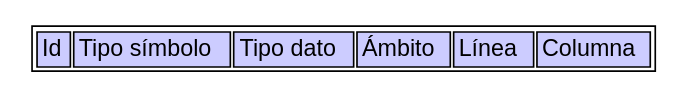
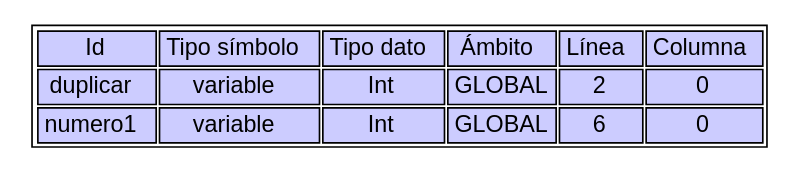
One commit to Angelgt3/OLC2_P2_201901055 changed the diagram in Backend/Reportes_Creados/ Reporte_TS.dot. Above: the diagram before and after it, drawn with Graphviz. The commit also changed 18 other files, not shown here.

```diff
--- a/Backend/Reportes_Creados/ Reporte_TS.dot
+++ b/Backend/Reportes_Creados/ Reporte_TS.dot
@@ -1,12 +1,24 @@
 digraph TS{ 
 node [ shape=none fontname=Helvetica] 
 n1 [ label = <<table><tr> 
 <td colspan="2" bgcolor="#ccccff">Id</td>
 <td colspan="2" bgcolor="#ccccff">Tipo símbolo</td>
 <td colspan="2" bgcolor="#ccccff">Tipo dato</td>
 <td colspan="2" bgcolor="#ccccff">Ámbito</td>
 <td colspan="2" bgcolor="#ccccff">Línea </td>
 <td colspan="2" bgcolor="#ccccff">Columna</td>
 </tr>
+<tr><td colspan="2" bgcolor="#ccccff">duplicar</td>
+<td colspan="2" bgcolor="#ccccff">variable</td>
+<td colspan="2" bgcolor="#ccccff">Int</td>
+<td colspan="2" bgcolor="#ccccff">GLOBAL</td>
+<td colspan="2" bgcolor="#ccccff">2</td>
+<td colspan="2" bgcolor="#ccccff">0</td></tr>
+<tr><td colspan="2" bgcolor="#ccccff">numero1</td>
+<td colspan="2" bgcolor="#ccccff">variable</td>
+<td colspan="2" bgcolor="#ccccff">Int</td>
+<td colspan="2" bgcolor="#ccccff">GLOBAL</td>
+<td colspan="2" bgcolor="#ccccff">6</td>
+<td colspan="2" bgcolor="#ccccff">0</td></tr>
 </table> > ]; 
  }
```
